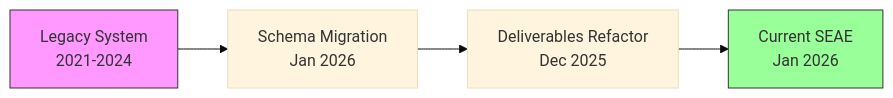
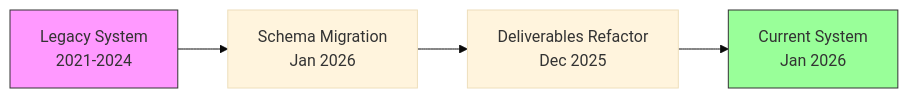
Before and after one commit to marcioaxn/full-strategic-planning: the second of 2 diagrams in README.md, drawn with Mermaid (base theme). The commit also changed other lines of this file, not shown here.

Commit message:
docs: remove SEAE references from README and use generic project naming
Replaced all mentions of "SEAE" with generic project references:
- Evolution timeline diagram: "Current SEAE" → "Current System"
- Architecture comparison table: "Current System (SEAE)" → "Current System"

This makes the documentation more generic and aligned with the repository name (full-strategic-planning) rather than a specific acronym.

Changes:
- Line 269: Updated mermaid diagram node label
- Line 277: Updated table header to remove SEAE reference

🤖 Generated with [Claude Code](https://claude.com/claude-code)

````diff
--- a/README.md
+++ b/README.md
@@ -265,9 +265,9 @@
 ```mermaid
 graph LR
     A[Legacy System<br/>2021-2024] --> B[Schema Migration<br/>Jan 2026]
     B --> C[Deliverables Refactor<br/>Dec 2025]
-    C --> D[Current SEAE<br/>Jan 2026]
+    C --> D[Current System<br/>Jan 2026]
 
     style A fill:#f9f,stroke:#333
     style D fill:#9f9,stroke:#333
 ```
````
